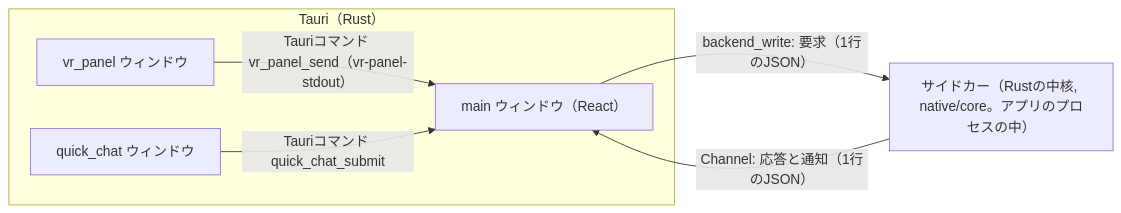
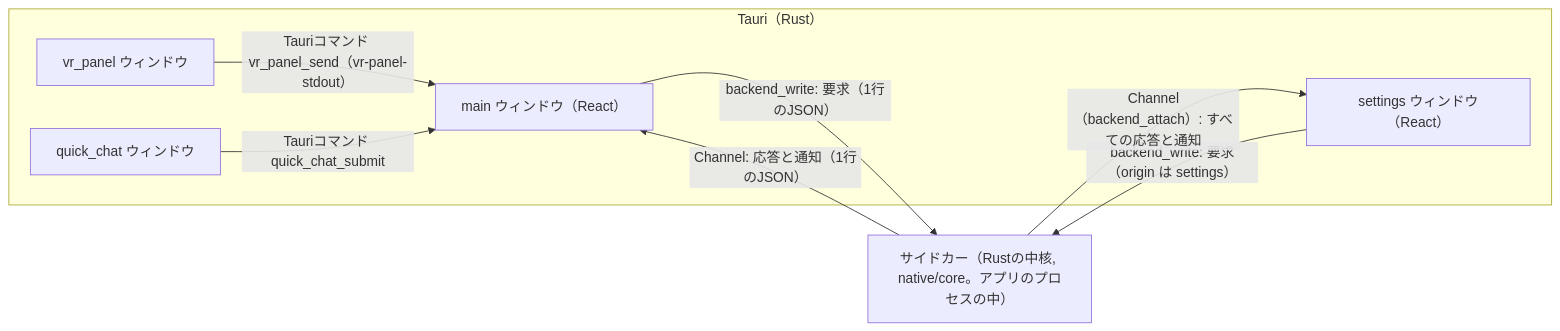
One commit to kein5/astarot changed the third of 4 diagrams in docs/spec/ipc-protocol.md. Above: the diagram before and after it, drawn with Mermaid. The commit also changed other lines of this file and 2 other files, not shown here.

First line of the commit message:
docs(spec): describe the settings window

````diff
--- a/docs/spec/ipc-protocol.md
+++ b/docs/spec/ipc-protocol.md
@@ -225,13 +234,16 @@
 ```mermaid
 flowchart LR
   subgraph Tauri["Tauri（Rust）"]
     main["main ウィンドウ（React）"]
+    settings["settings ウィンドウ（React）"]
     vr["vr_panel ウィンドウ"]
     qc["quick_chat ウィンドウ"]
   end
   side["サイドカー（Rustの中核, native/core。アプリのプロセスの中）"]
   main -- "backend_write: 要求（1行のJSON）" --> side
   side -- "Channel: 応答と通知（1行のJSON）" --> main
+  settings -- "backend_write: 要求（origin は settings）" --> side
+  side -- "Channel（backend_attach）: すべての応答と通知" --> settings
   vr -- "Tauriコマンド vr_panel_send（vr-panel-stdout）" --> main
   qc -- "Tauriコマンド quick_chat_submit" --> main
 ```
````
